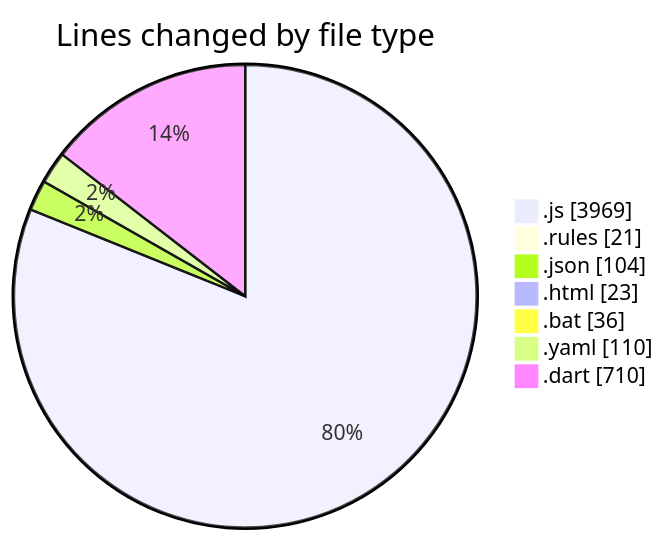
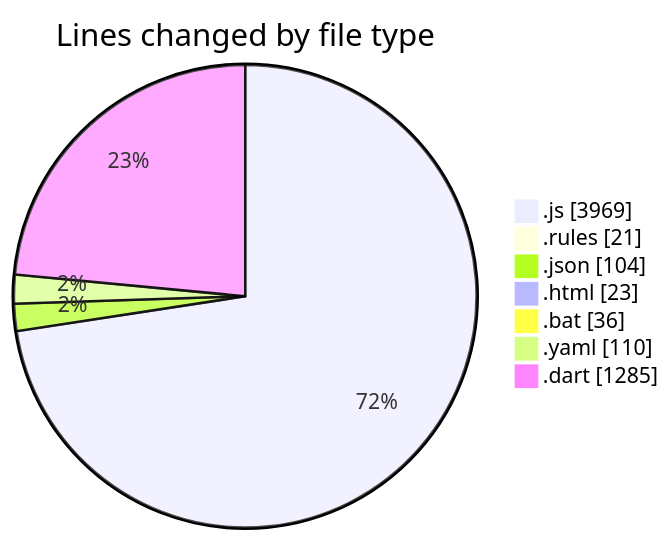
One commit to lephambinh05/code-tracking changed the first of 2 diagrams in 2025-09-01/20m/README.md. Above: the diagram before and after it, drawn with Mermaid. The commit also changed other lines of this file and 1 other file, not shown here.

````diff
--- a/2025-09-01/20m/README.md
+++ b/2025-09-01/20m/README.md
@@ -52,11 +55,11 @@
 ```mermaid
 pie showData
 title Lines changed by file type
 ".js" : 3969
 ".rules" : 21
 ".json" : 104
 ".html" : 23
 ".bat" : 36
 ".yaml" : 110
-".dart" : 710
+".dart" : 1285
 ```
````
